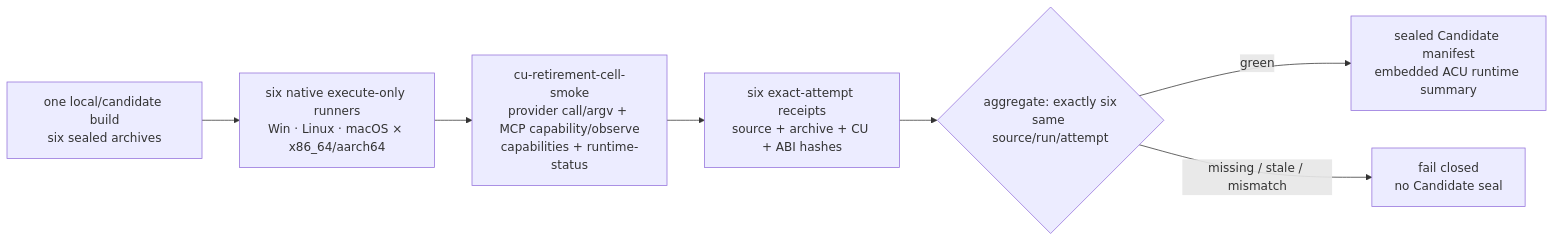
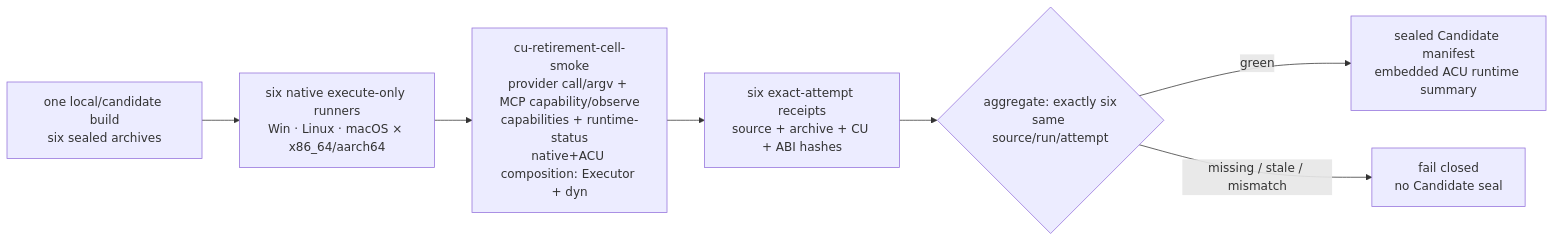
Before and after one commit to partnernetsoftware/agenterm: the fourth of 24 diagrams in prd/PRD_02_28_agenterm_cu.md, drawn with Mermaid. The commit also changed other lines of this file and 9 other files, not shown here.

First line of the commit message:
scripts: register the native+ACU composition court as a runtime cell gate

````diff
--- a/prd/PRD_02_28_agenterm_cu.md
+++ b/prd/PRD_02_28_agenterm_cu.md
@@ -564,13 +569,13 @@
 ```mermaid
 flowchart LR
   B["one local/candidate build<br/>six sealed archives"]
   R["six native execute-only runners<br/>Win · Linux · macOS × x86_64/aarch64"]
-  C["cu-retirement-cell-smoke<br/>provider call/argv + MCP capability/observe<br/>capabilities + runtime-status"]
+  C["cu-retirement-cell-smoke<br/>provider call/argv + MCP capability/observe<br/>capabilities + runtime-status<br/>native+ACU composition: Executor + dyn"]
   E["six exact-attempt receipts<br/>source + archive + CU + ABI hashes"]
   A{"aggregate: exactly six<br/>same source/run/attempt"}
   M["sealed Candidate manifest<br/>embedded ACU runtime summary"]
   X["fail closed<br/>no Candidate seal"]
   B --> R --> C --> E --> A
   A -->|green| M
   A -->|missing / stale / mismatch| X
 ```
````
